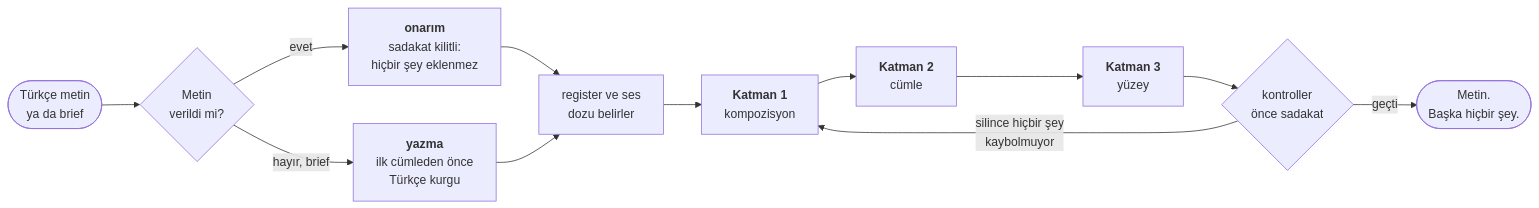
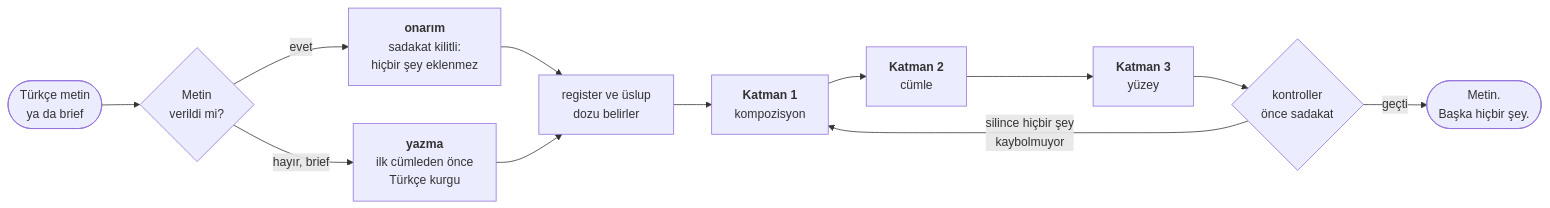
Before and after one commit to durmazoguzhan/turkish-humanify: the first of 2 diagrams in README.tr.md, drawn with Mermaid. The commit also changed other lines of this file and 4 other files, not shown here.

````diff
--- a/README.tr.md
+++ b/README.tr.md
@@ -82,14 +97,14 @@
 ```mermaid
 flowchart LR
     IN(["Türkçe metin<br/>ya da brief"]) --> MODE{"Metin<br/>verildi mi?"}
     MODE -- "evet" --> RP["<b>onarım</b><br/>sadakat kilitli:<br/>hiçbir şey eklenmez"]
     MODE -- "hayır, brief" --> WR["<b>yazma</b><br/>ilk cümleden önce<br/>Türkçe kurgu"]
-    RP --> DOSE["register ve ses<br/>dozu belirler"]
+    RP --> DOSE["register ve üslup<br/>dozu belirler"]
     WR --> DOSE
     DOSE --> L1["<b>Katman 1</b><br/>kompozisyon"]
     L1 --> L2["<b>Katman 2</b><br/>cümle"]
     L2 --> L3["<b>Katman 3</b><br/>yüzey"]
     L3 --> CHK{"kontroller<br/>önce sadakat"}
     CHK -- "silince hiçbir şey<br/>kaybolmuyor" --> L1
     CHK -- "geçti" --> OUT(["Metin.<br/>Başka hiçbir şey."])
 ```
````
